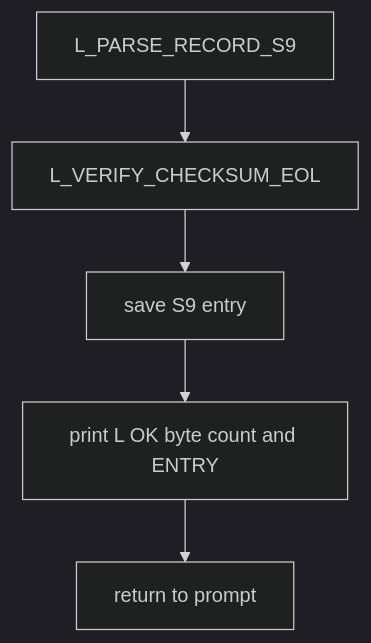
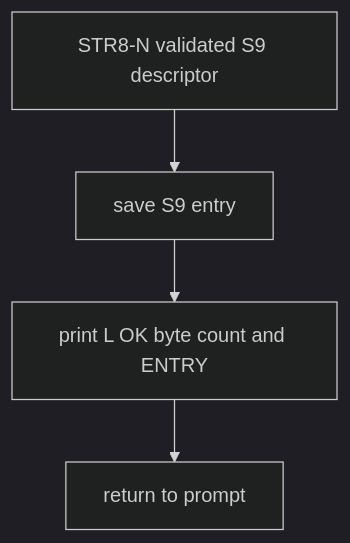
Before and after one commit to 95westus/R-YORS: diagram 13 of 19 in DOC/GUIDES/HIMON/HIMON_MAP.md, drawn with Mermaid (dark theme). The commit also changed other lines of this file and 94 other files, not shown here.

Commit message:
Adopt STR8-N record parser in HIMON

````diff
--- a/DOC/GUIDES/HIMON/HIMON_MAP.md
+++ b/DOC/GUIDES/HIMON/HIMON_MAP.md
@@ -247,7 +251,6 @@
 ```mermaid
 flowchart TD
-    S9[L_PARSE_RECORD_S9] --> CHECK[L_VERIFY_CHECKSUM_EOL]
-    CHECK --> SAVE[save S9 entry]
+    S9[STR8-N validated S9 descriptor] --> SAVE[save S9 entry]
     SAVE --> DONE[print L OK byte count and ENTRY]
     DONE --> PROMPT[return to prompt]
 ```
````
